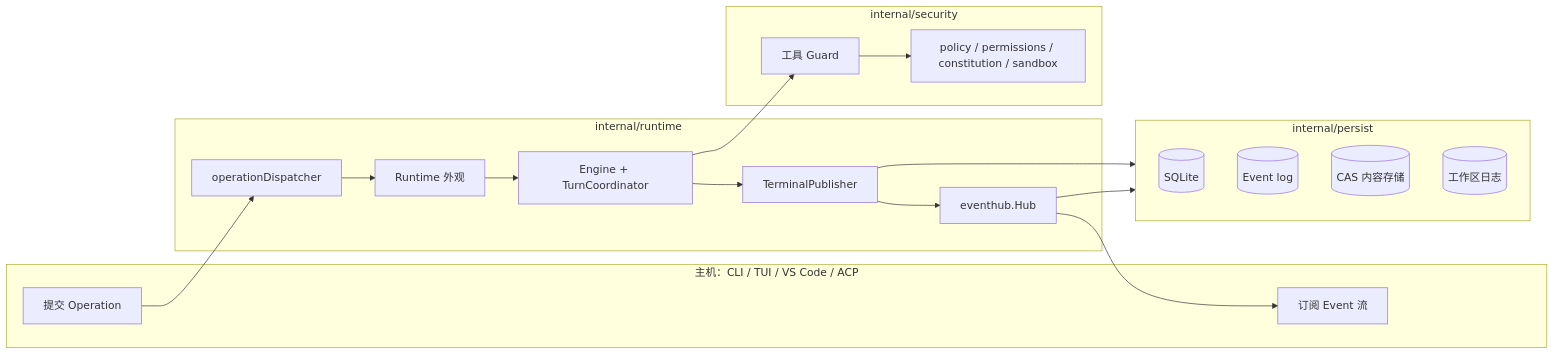
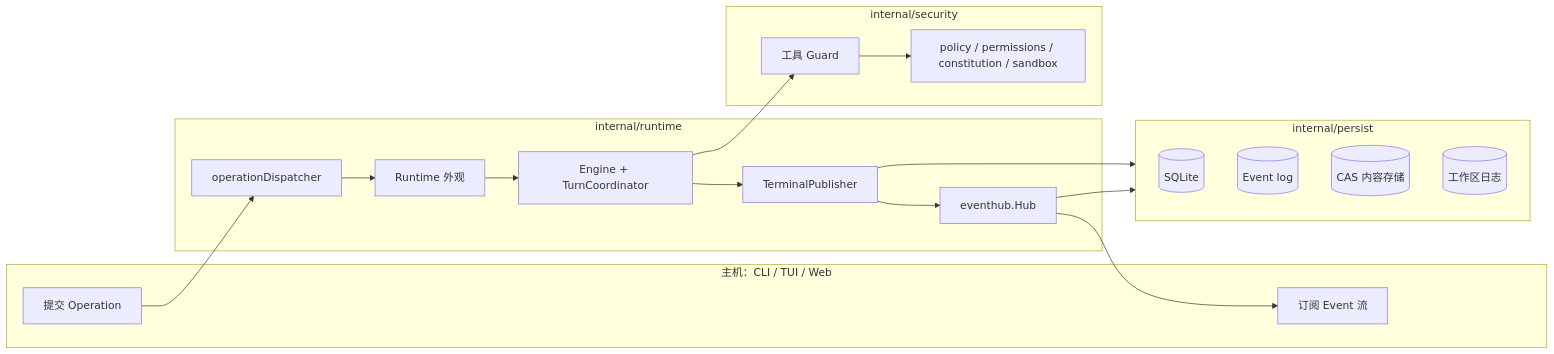
One commit to fwtllh-png/CodeHelper changed the first of 7 diagrams in docs/zh-CN/reading-guide.md. Above: the diagram before and after it, drawn with Mermaid. The commit also changed other lines of this file and 439 other files, not shown here.

````diff
--- a/docs/zh-CN/reading-guide.md
+++ b/docs/zh-CN/reading-guide.md
@@ -22,31 +22,31 @@
 ```mermaid
 flowchart LR
-    subgraph Hosts["主机：CLI / TUI / VS Code / ACP"]
+    subgraph Hosts["主机：CLI / TUI / Web"]
         H1["提交 Operation"]
         H2["订阅 Event 流"]
     end
     subgraph Runtime["internal/runtime"]
         D["operationDispatcher"]
         R["Runtime 外观"]
         E["Engine + TurnCoordinator"]
         TP["TerminalPublisher"]
         EH["eventhub.Hub"]
     end
     subgraph Security["internal/security"]
         G["工具 Guard"]
         P["policy / permissions / constitution / sandbox"]
     end
     subgraph Durable["internal/persist"]
         SQL[("SQLite")]
         EL[("Event log")]
         CAS[("CAS 内容存储")]
         WJ[("工作区日志")]
     end
     H1 --> D --> R --> E
     E --> G --> P
     E --> TP
     TP --> EH
     EH --> H2
     TP --> Durable
     EH --> Durable
 ```
````
